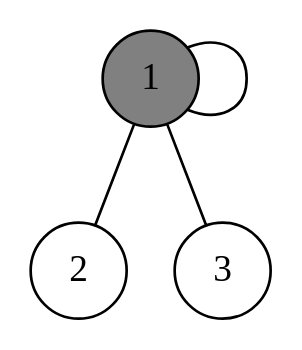
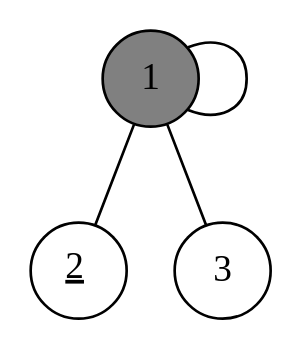
The diagram in graphs/even_example/3.dot (skyvier/bachelors-thesis), drawn with Graphviz before and after one commit. The commit also changed 9 other files, not shown here.

```diff
--- a/graphs/even_example/3.dot
+++ b/graphs/even_example/3.dot
@@ -1,7 +1,7 @@
 graph third {
    1 -- 1 -- 2;
    1 -- 3;
    1 [shape=circle, style=filled, fillcolor=grey]
-   2 [shape=circle]
+   2 [shape=circle, label=<<u>\N</u>>]
    3 [shape=circle]
 }
```
